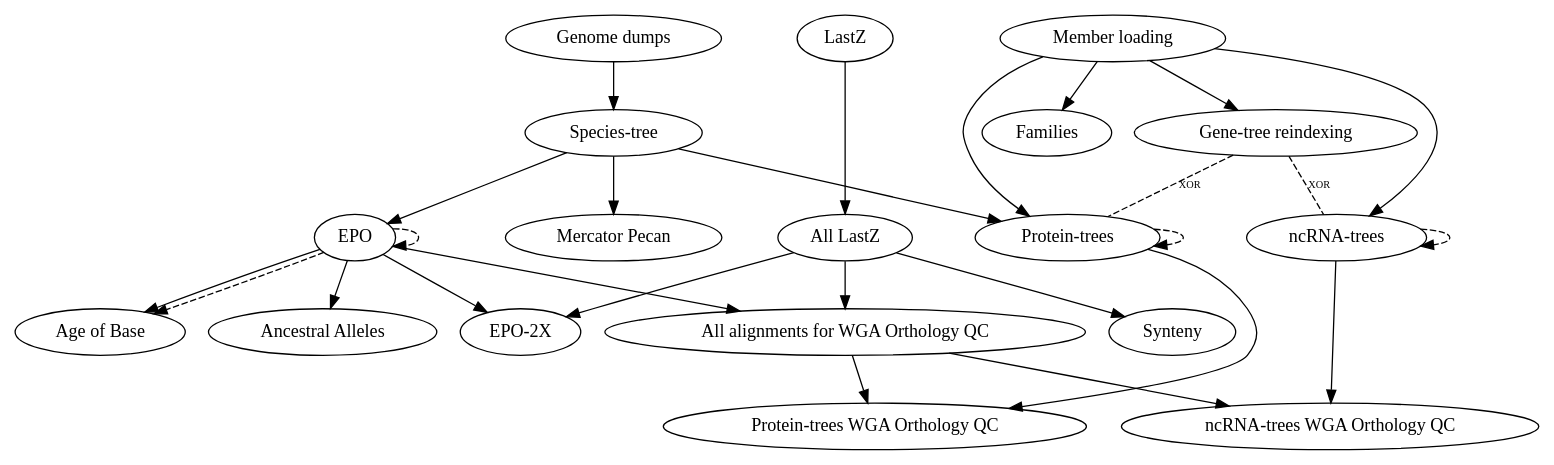
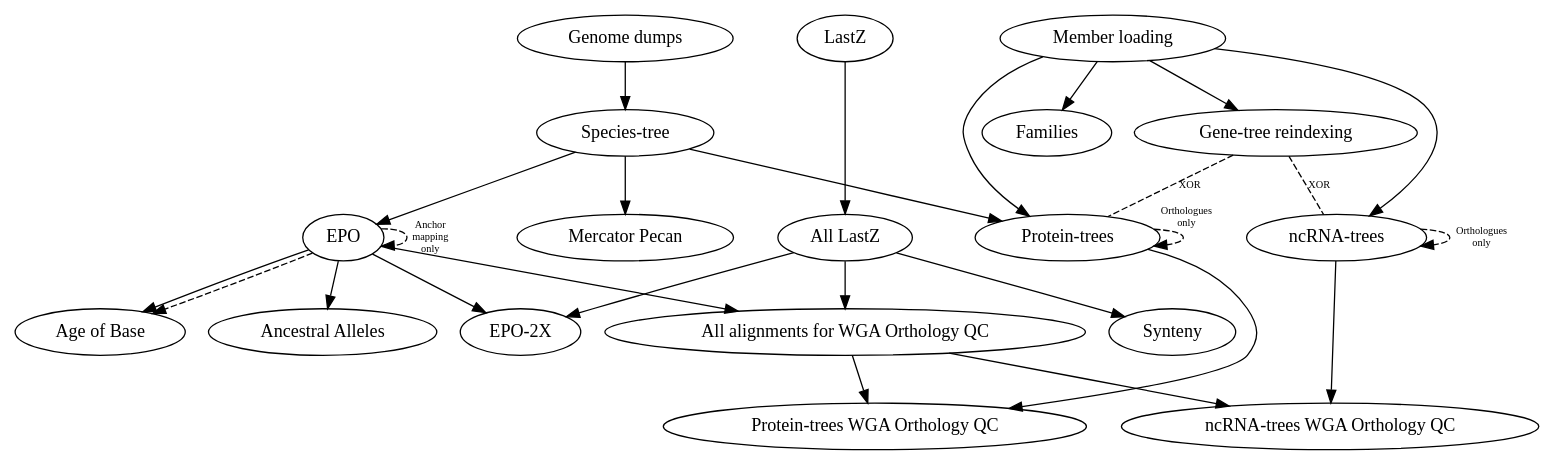
Before and after one commit to Ensembl/ensembl-compara: the diagram in scripts/jira_tickets/compara_merged.dot, drawn with Graphviz.

Commit message:
Added some labels to make it clear we don't need to wait for the whole pipeline

```diff
--- a/scripts/jira_tickets/compara_merged.dot
+++ b/scripts/jira_tickets/compara_merged.dot
@@ -1,22 +1,22 @@
 digraph {
     "Genome dumps" -> "Species-tree";
     "Species-tree" -> { "EPO", "Mercator Pecan", "Protein-trees" };
     {"EPO", "All LastZ"} -> "EPO-2X";
     "EPO" -> "Age of Base";
     "EPO" -> "Ancestral Alleles";
     "Member loading" -> { "Protein-trees", "ncRNA-trees", "Families", "Gene-tree reindexing" };
     "Protein-trees" -> "Protein-trees WGA Orthology QC";
     "ncRNA-trees" -> "ncRNA-trees WGA Orthology QC";
     {"All LastZ", "EPO"} -> "All alignments for WGA Orthology QC" -> {"Protein-trees WGA Orthology QC", "ncRNA-trees WGA Orthology QC"};
     "LastZ" -> "All LastZ" -> "Synteny";
 
     "Gene-tree reindexing" -> "ncRNA-trees" [style="dashed", dir=none, fontsize="8", label="XOR", headport="murinae:w", tailport="murinae:s"];
     "Gene-tree reindexing" -> "Protein-trees" [style="dashed", dir=none, fontsize="8", label="XOR", headport="murinae:e", tailport="murinae:s"];
-    "EPO" -> "EPO" [style="dashed", headport="Primates:e", tailport="Mammals:e"];
+    "EPO" -> "EPO" [style="dashed", fontsize="8", label="Anchor\nmapping\nonly", headport="Primates:e", tailport="Mammals:e"];
     "EPO" -> "Age of Base" [style="dashed", headport="Human:e", tailport="Mammals:w"];
-    "Protein-trees" -> "Protein-trees" [style="dashed", headport="Murinae:w", tailport="Default vertebrates:w"];
-    "ncRNA-trees" -> "ncRNA-trees" [style="dashed", headport="Murinae:e", tailport="Default vertebrates:e"];
+    "Protein-trees" -> "Protein-trees" [style="dashed", fontsize="8", xlabel="Orthologues\nonly", headport="Murinae:w", tailport="Default vertebrates:w"];
+    "ncRNA-trees" -> "ncRNA-trees" [style="dashed", fontsize="8", label="Orthologues\nonly", headport="Murinae:e", tailport="Default vertebrates:e"];
 
     // Helps laying out the graph
     {rank = same; "Genome dumps"; "LastZ"; "Member loading"; }
 }
```
